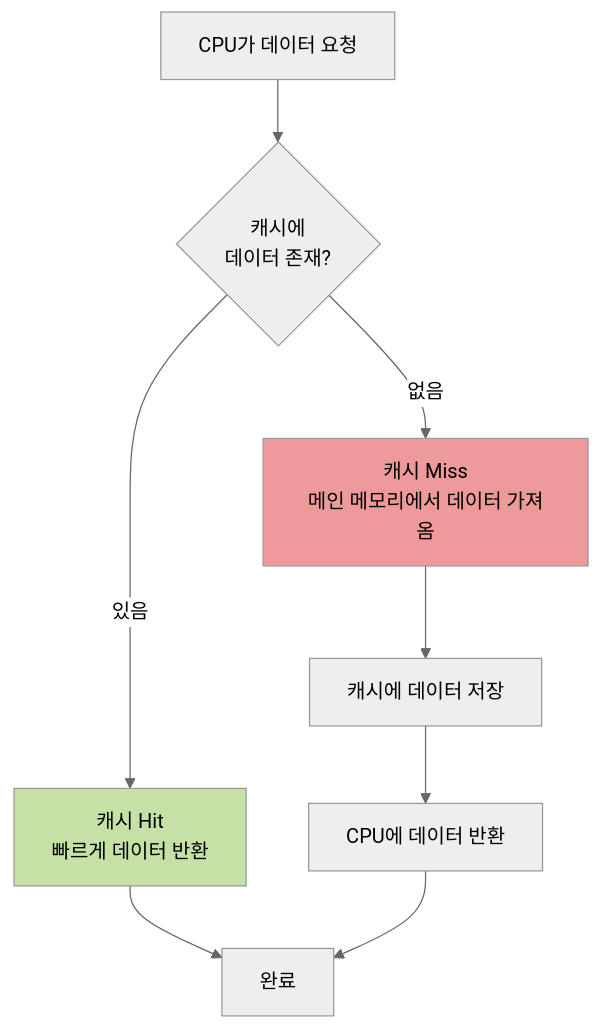
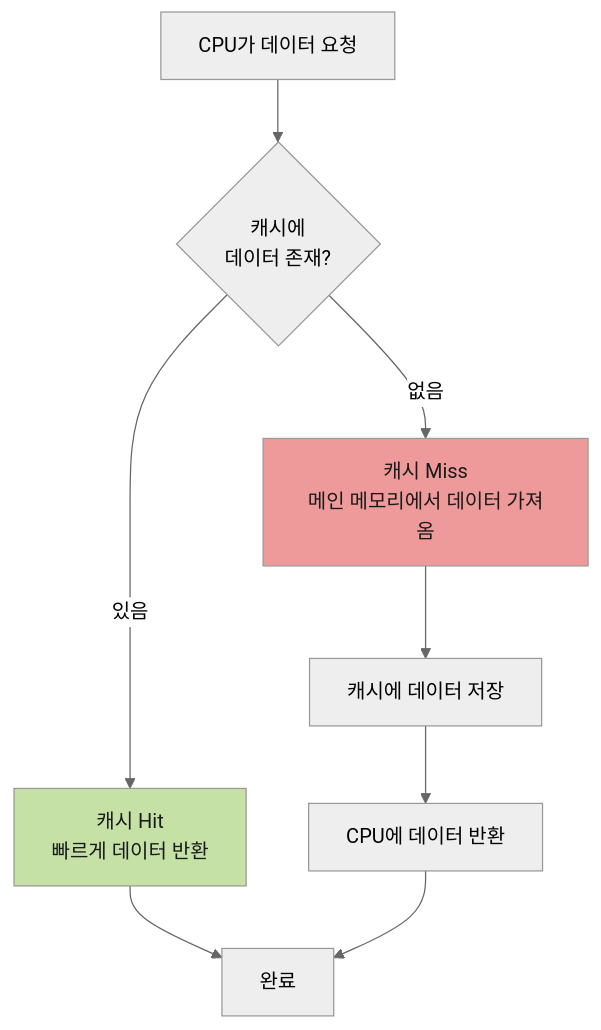
Before and after one commit to Cllaude99/cllaude99_labs: the seventh of 9 diagrams in apps/devblog/content/posts/computer-architecture.mdx, drawn with Mermaid (neutral theme). The commit also changed other lines of this file, not shown here.

Commit message:
fix: 컴퓨터 구조 글의 머메이드 다이어그램에 다크 모드 텍스트 색상 추가                                                           - 모든 다이어그램 style 정의에color:#1a1a1a 속성을 추가하여 다크 모드에서 글씨가 보이지 않는 문제를 수정했습니다.

````diff
--- a/apps/devblog/content/posts/computer-architecture.mdx
+++ b/apps/devblog/content/posts/computer-architecture.mdx
@@ -278,13 +278,13 @@
 ```mermaid
 graph TB
     Start["CPU가 데이터 요청"] --> Check{"캐시에<br/>데이터 존재?"}
     Check -->|있음| Hit["캐시 Hit<br/>빠르게 데이터 반환"]
     Check -->|없음| Miss["캐시 Miss<br/>메인 메모리에서 데이터 가져옴"]
     Miss --> Update["캐시에 데이터 저장"]
     Update --> Return["CPU에 데이터 반환"]
     Hit --> End["완료"]
     Return --> End
 
-    style Hit fill:#c5e1a5
-    style Miss fill:#ef9a9a
+    style Hit fill:#c5e1a5,color:#1a1a1a
+    style Miss fill:#ef9a9a,color:#1a1a1a
 ```
````
